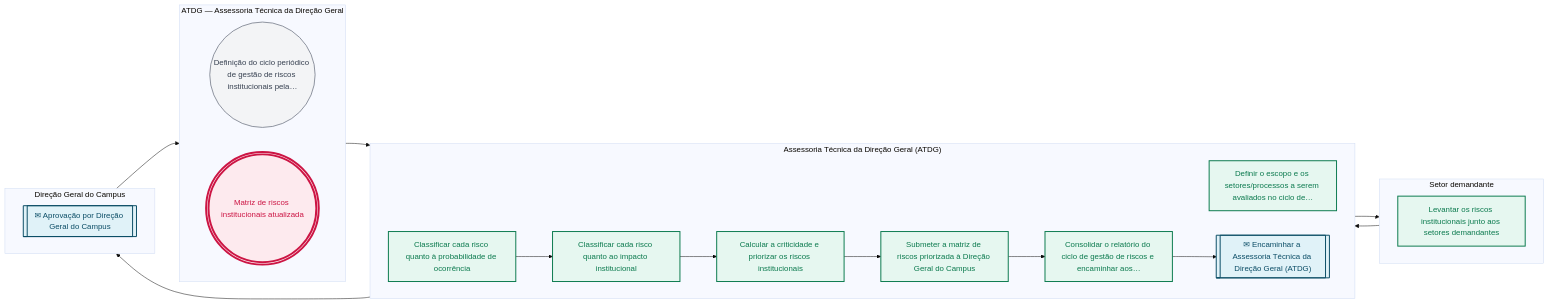
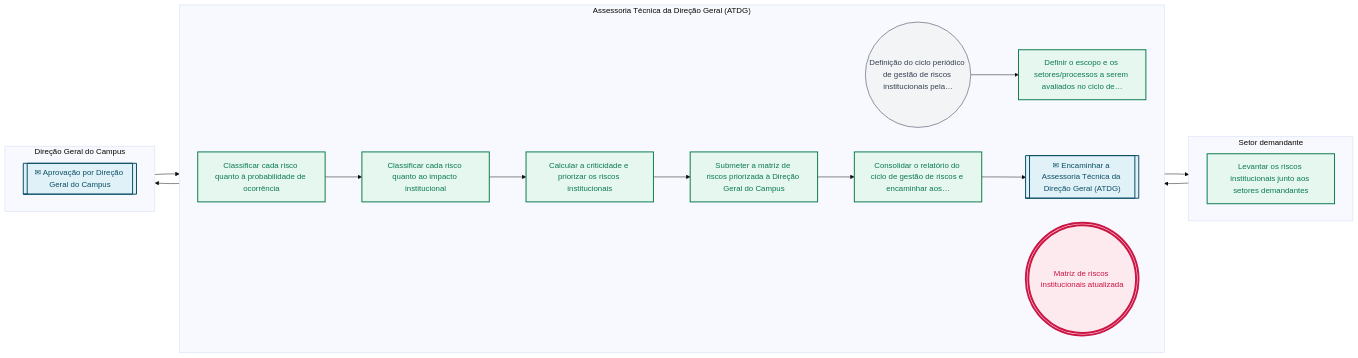
One commit to jessefers/canvas-vivo-atdg changed the second of 2 diagrams in pops/CTR/CTR-05.md. Above: the diagram before and after it, drawn with Mermaid (base theme). The commit also changed other lines of this file and 107 other files, not shown here.

````diff
--- a/pops/CTR/CTR-05.md
+++ b/pops/CTR/CTR-05.md
@@ -150,46 +150,43 @@
 ```mermaid
 flowchart LR
-  subgraph R1["ATDG — Assessoria Técnica da Direção Geral"]
+  subgraph R1["Assessoria Técnica da Direção Geral (ATDG)"]
     direction LR
     e1(("Definição do ciclo periódico de gestão de riscos institucionais pela…"))
-    e11((("Matriz de riscos institucionais atualizada")))
-  end
-  subgraph R2["Assessoria Técnica da Direção Geral (ATDG)"]
-    direction LR
     e2["Definir o escopo e os setores/processos a serem avaliados no ciclo de…"]
     e4["Classificar cada risco quanto à probabilidade de ocorrência"]
     e5["Classificar cada risco quanto ao impacto institucional"]
     e6["Calcular a criticidade e priorizar os riscos institucionais"]
     e7["Submeter a matriz de riscos priorizada à Direção Geral do Campus"]
     e8["Consolidar o relatório do ciclo de gestão de riscos e encaminhar aos…"]
     e9[["✉ Encaminhar a Assessoria Técnica da Direção Geral (ATDG)"]]
+    e11((("Matriz de riscos institucionais atualizada")))
   end
-  subgraph R3["Setor demandante"]
+  subgraph R2["Setor demandante"]
     direction LR
     e3["Levantar os riscos institucionais junto aos setores demandantes"]
   end
-  subgraph R4["Direção Geral do Campus"]
+  subgraph R3["Direção Geral do Campus"]
     direction LR
     e10[["✉ Aprovação por Direção Geral do Campus"]]
   end
   e1 --> e2
   e2 --> e3
   e3 --> e4
   e4 --> e5
   e5 --> e6
   e6 --> e7
   e7 --> e8
   e8 --> e9
   e9 --> e10
   e10 --> e11
   classDef inicio fill:#f3f4f6,stroke:#6b7280,stroke-width:1.5px,color:#374151
   classDef atividade fill:#E6F7F0,stroke:#0B7A4E,stroke-width:2px,color:#0B7A4E
   classDef decisao fill:#FFF4ED,stroke:#C9783A,stroke-width:2px,color:#C9783A
   classDef fim fill:#FDEAEE,stroke:#CC1544,stroke-width:4px,color:#CC1544
   classDef pausa fill:#FDEAEE,stroke:#CC1544,stroke-width:2px,color:#CC1544
   classDef captura fill:#E0F2F8,stroke:#0B4D66,stroke-width:2px,color:#0B4D66
   class e1 inicio
   class e2,e3,e4,e5,e6,e7,e8 atividade
   class e9,e10 captura
   class e11 fim
 ```
````
